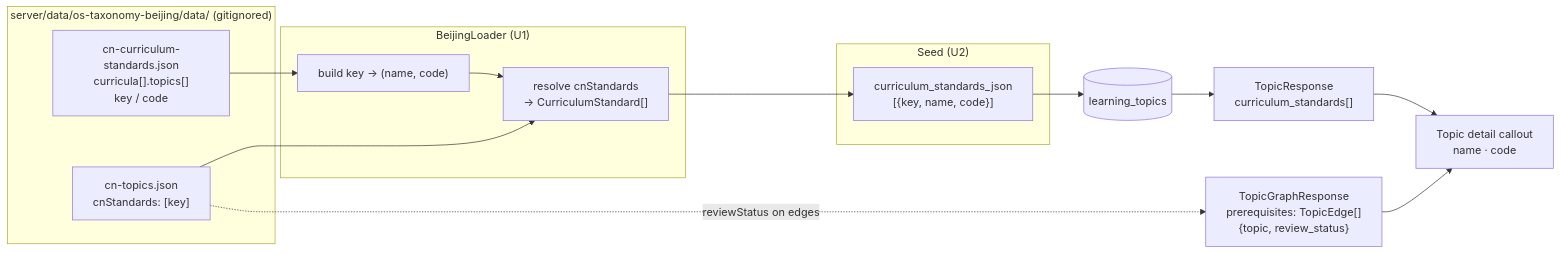
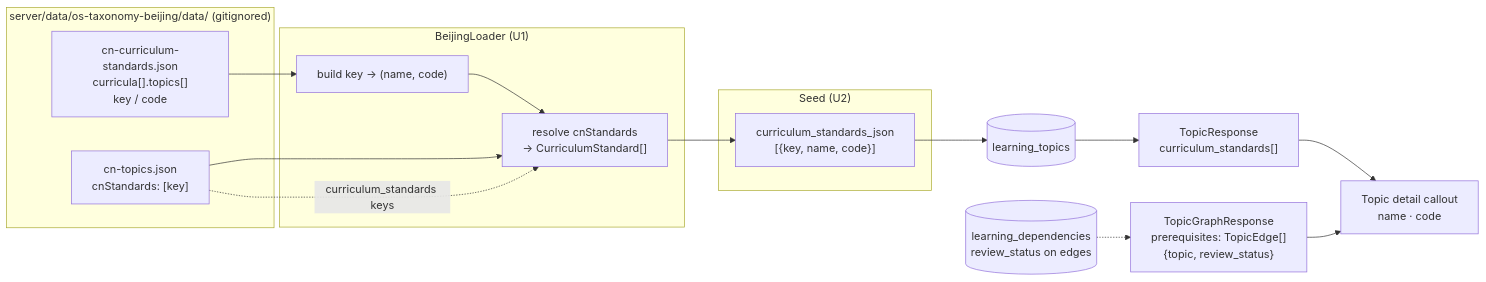
One commit to vincentruan/numina changed the diagram in docs/plans/2026-10-09-002-feat-learning-frontend-curriculum-edge-status-plan.md. Above: the diagram before and after it, drawn with Mermaid. The commit also changed other lines of this file, not shown here.

First line of the commit message:
docs(plans): refine curriculum/edge-status plan after doc-review

````diff
--- a/docs/plans/2026-10-09-002-feat-learning-frontend-curriculum-edge-status-plan.md
+++ b/docs/plans/2026-10-09-002-feat-learning-frontend-curriculum-edge-status-plan.md
@@ -192,31 +192,32 @@
 ```mermaid
 flowchart LR
     subgraph Datadir["server/data/os-taxonomy-beijing/data/ (gitignored)"]
         STD["cn-curriculum-standards.json<br/>curricula[].topics[]<br/>key / code"]
         CNT["cn-topics.json<br/>cnStandards: [key]"]
     end
 
     subgraph Load["BeijingLoader (U1)"]
         IDX["build key → (name, code)"]
         RES["resolve cnStandards<br/>→ CurriculumStandard[]"]
     end
 
     subgraph Persist["Seed (U2)"]
         JSON["curriculum_standards_json<br/>[{key, name, code}]"]
     end
 
     DB[("learning_topics")]
     API["TopicResponse<br/>curriculum_standards[]"]
     UI["Topic detail callout<br/>name · code"]
 
     STD --> IDX
     CNT --> RES
     IDX --> RES
     RES --> JSON
     JSON --> DB
     DB --> API
     API --> UI
 
-    CNT -.->|"reviewStatus on edges"| EDGE["TopicGraphResponse<br/>prerequisites: TopicEdge[]<br/>{topic, review_status}"]
+    CNT -.->|"curriculum_standards keys"| RES
+    EDGE_DB[("learning_dependencies<br/>review_status on edges")] -.-> EDGE["TopicGraphResponse<br/>prerequisites: TopicEdge[]<br/>{topic, review_status}"]
     EDGE --> UI
 ```
````
